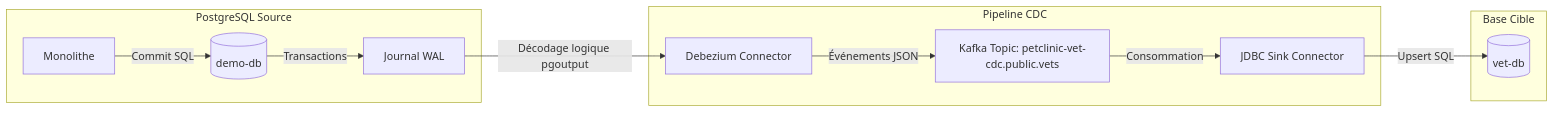
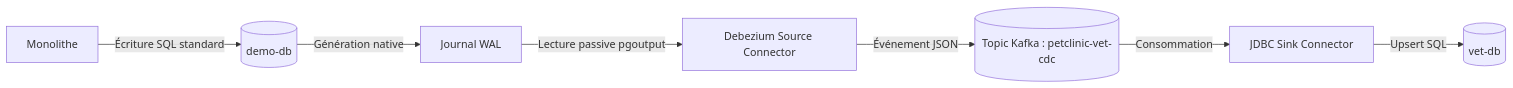
One commit to abdochiguer/Monolith-to-Microservices-Migration changed the eighth of 8 diagrams in README.md. Above: the diagram before and after it, drawn with Mermaid. The commit also changed other lines of this file, not shown here.

````diff
--- a/README.md
+++ b/README.md
@@ -283,17 +412,9 @@
 ```mermaid
 flowchart LR
-    subgraph PostgreSQL Source
-        Mono[Monolithe] -->|Commit SQL| DB[(demo-db)]
-        DB -->|Transactions| WAL[Journal WAL]
-    end
-
-    subgraph Pipeline CDC
-        WAL -->|Décodage logique pgoutput| Deb[Debezium Connector]
-        Deb -->|Événements JSON| Topic[Kafka Topic: petclinic-vet-cdc.public.vets]
-        Topic -->|Consommation| Sink[JDBC Sink Connector]
-    end
-
-    subgraph Base Cible
-        Sink -->|Upsert SQL| TargetDB[(vet-db)]
-    end
+    App[Monolithe] -->|Écriture SQL standard| PG[(demo-db)]
+    PG -->|Génération native| WAL[Journal WAL]
+    WAL -->|Lecture passive pgoutput| Deb[Debezium Source Connector]
+    Deb -->|Événement JSON| Topic[(Topic Kafka : petclinic-vet-cdc)]
+    Topic -->|Consommation| Sink[JDBC Sink Connector]
+    Sink -->|Upsert SQL| Target[(vet-db)]
 ```
````
